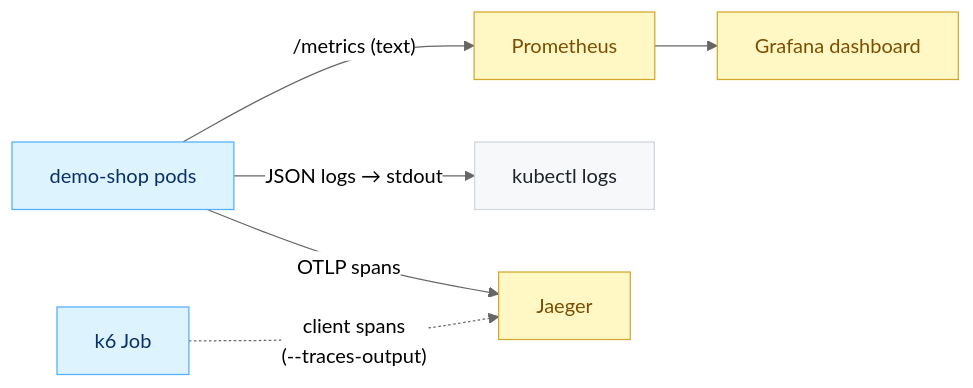
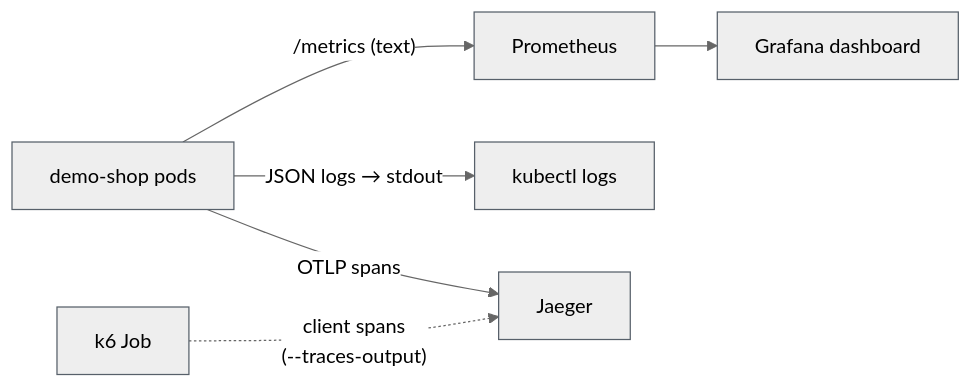
Before and after one commit to Ansh-dhanani/Distributed-system-load-analysis: the seventh of 8 diagrams in README.md, drawn with Mermaid (neutral theme). The commit also changed other lines of this file, not shown here.

First line of the commit message:
docs: restore previous mermaid styling, darken node borders

````diff
--- a/README.md
+++ b/README.md
@@ -236,14 +218,9 @@
 ```mermaid
 flowchart LR
     APP["demo-shop pods"] -->|"/metrics (text)"| PROM["Prometheus"]
     APP -->|"JSON logs → stdout"| LOGS["kubectl logs"]
     APP -->|"OTLP spans"| JAEG["Jaeger"]
     K6["k6 Job"] -.->|"client spans<br/>(--traces-output)"| JAEG
     PROM --> GRAF["Grafana dashboard"]
-
-    classDef default fill:#f6f8fa,stroke:#d0d7de,color:#1f2328;
-    classDef app fill:#ddf4ff,stroke:#54aeff,color:#0a3069;
-    classDef obs fill:#fff8c5,stroke:#d4a72c,color:#7d4e00;
-    class APP,K6 app;
-    class PROM,GRAF,JAEG obs;
+    classDef default stroke:#57606a;
 ```
````
